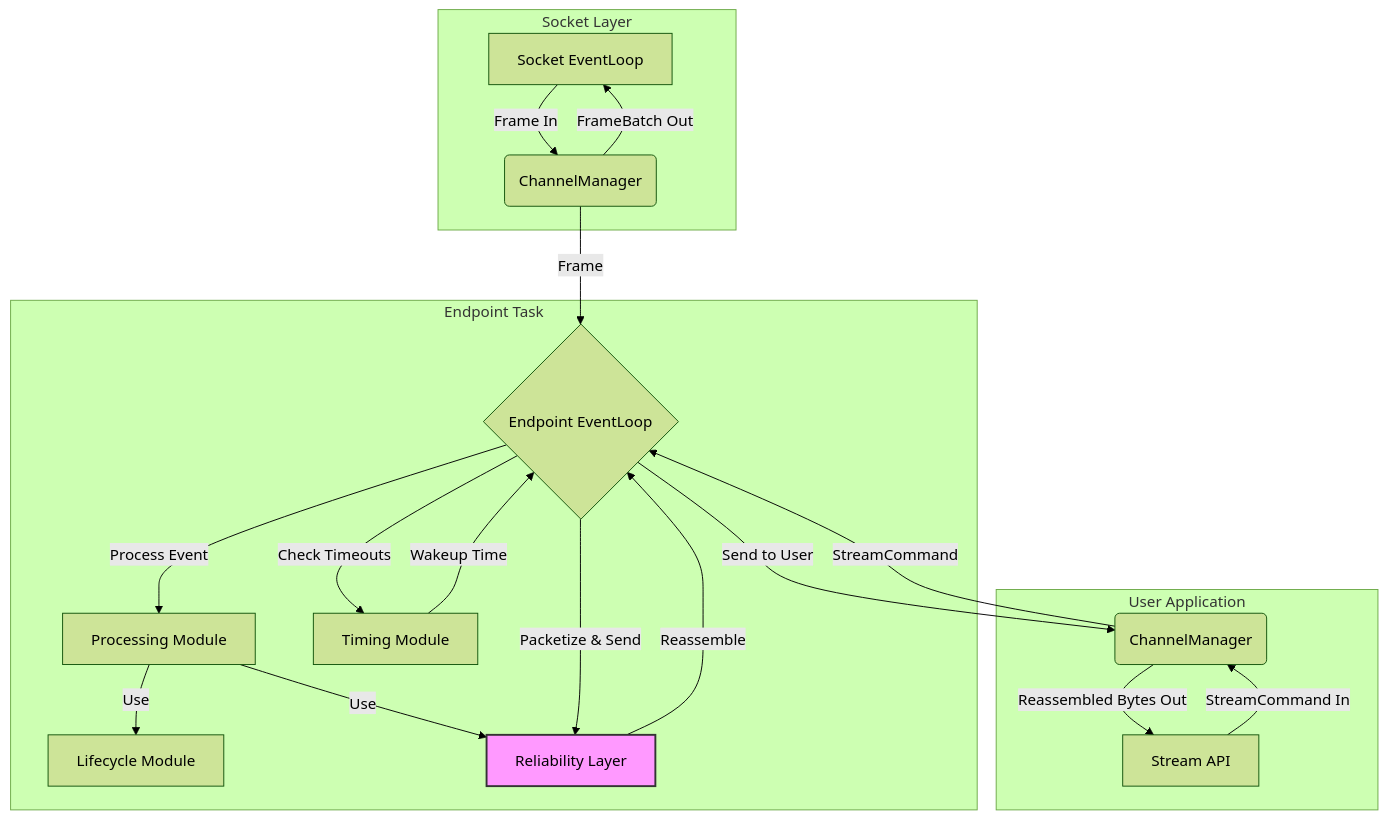
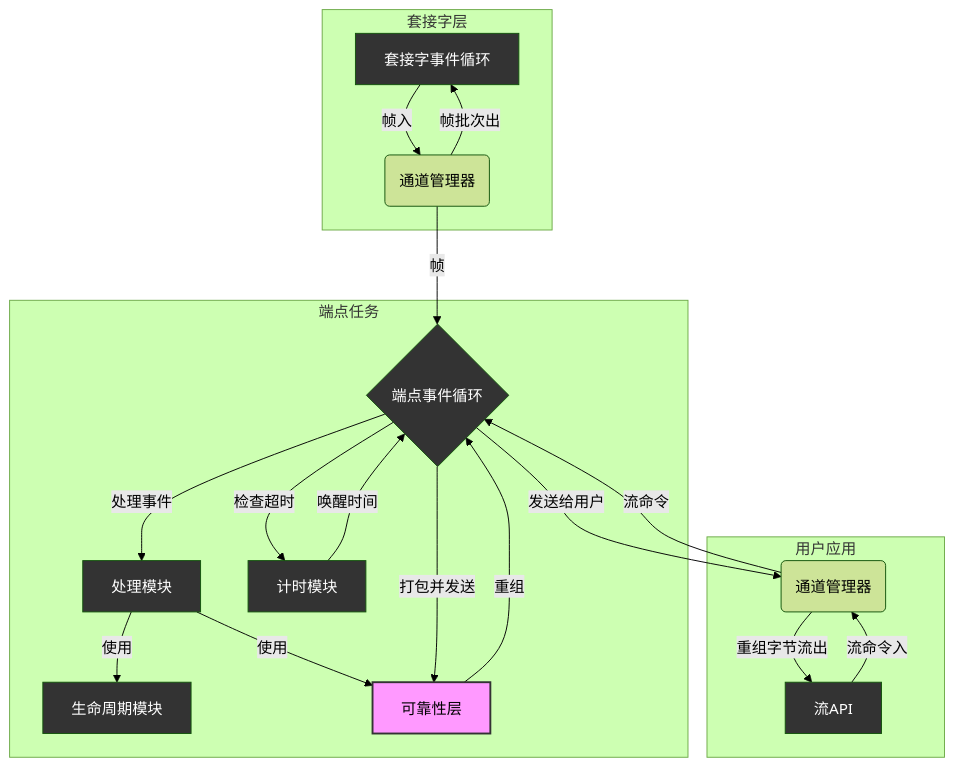
One commit to ShaoG-R/kestrel-protocol changed the second of 2 diagrams in docs/src/dev-docs/components/endpoint/README.md. Above: the diagram before and after it, drawn with Mermaid (forest theme). The commit also changed other lines of this file and 5 other files, not shown here.

````diff
--- a/docs/src/dev-docs/components/endpoint/README.md
+++ b/docs/src/dev-docs/components/endpoint/README.md
@@ -59,30 +64,36 @@
 ```mermaid
 graph TD
-    subgraph "Socket Layer"
-        A[Socket EventLoop] -- "Frame In" --> B(ChannelManager)
-        B -- "FrameBatch Out" --> A
+    subgraph "套接字层"
+        A[套接字事件循环] -- "帧入" --> B(通道管理器)
+        B -- "帧批次出" --> A
     end
 
-    subgraph "User Application"
-        C[Stream API] -- "StreamCommand In" --> E(ChannelManager)
-        E -- "Reassembled Bytes Out" --> C
+    subgraph "用户应用"
+        C[流API] -- "流命令入" --> E(通道管理器)
+        E -- "重组字节流出" --> C
     end
 
-    subgraph "Endpoint Task"
-        B -- "Frame" --> D{Endpoint EventLoop}
-        E -- "StreamCommand" --> D
+    subgraph "端点任务"
+        B -- "帧" --> D{端点事件循环}
+        E -- "流命令" --> D
 
-        D -- "Process Event" --> F[Processing Module]
-        F -- "Use" --> G[Lifecycle Module]
-        F -- "Use" --> H[Reliability Layer]
+        D -- "处理事件" --> F[处理模块]
+        F -- "使用" --> G[生命周期模块]
+        F -- "使用" --> H[可靠性层]
         
-        D -- "Packetize & Send" --> H
-        H -- "Reassemble" --> D
-        D -- "Send to User" --> E
+        D -- "打包并发送" --> H
+        H -- "重组" --> D
+        D -- "发送给用户" --> E
 
-        D -- "Check Timeouts" --> I[Timing Module]
-        I -- "Wakeup Time" --> D
+        D -- "检查超时" --> I[计时模块]
+        I -- "唤醒时间" --> D
     end
     
+    style A fill:#333,color:#fff
+    style C fill:#333,color:#fff
+    style D fill:#333,color:#fff
+    style F fill:#333,color:#fff
+    style G fill:#333,color:#fff
+    style I fill:#333,color:#fff
     style H fill:#f9f,stroke:#333,stroke-width:2px
 ```
````
